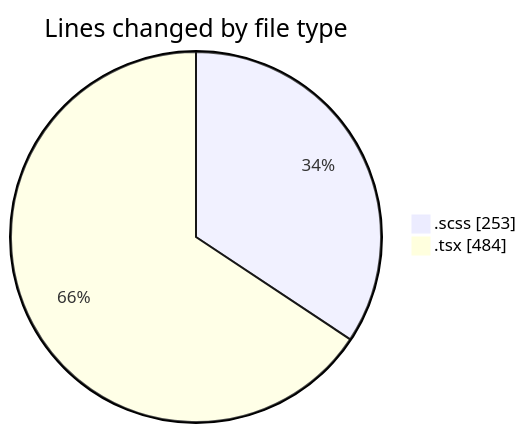
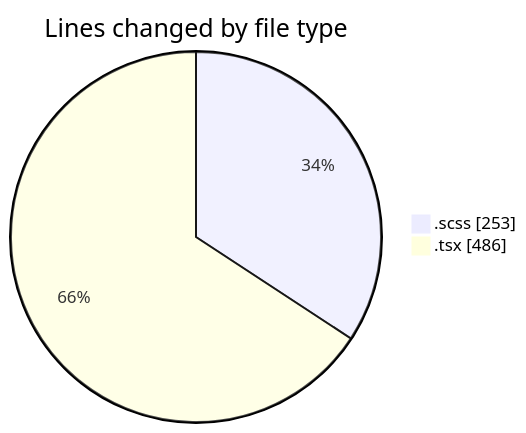
Before and after one commit to momahboobian/code-tracking: the first of 2 diagrams in 2025-08-28/cda/README.md, drawn with Mermaid. The commit also changed other lines of this file and 1 other file, not shown here.

````diff
--- a/2025-08-28/cda/README.md
+++ b/2025-08-28/cda/README.md
@@ -22,6 +22,6 @@
 ```mermaid
 pie showData
 title Lines changed by file type
 ".scss" : 253
-".tsx" : 484
+".tsx" : 486
 ```
````
